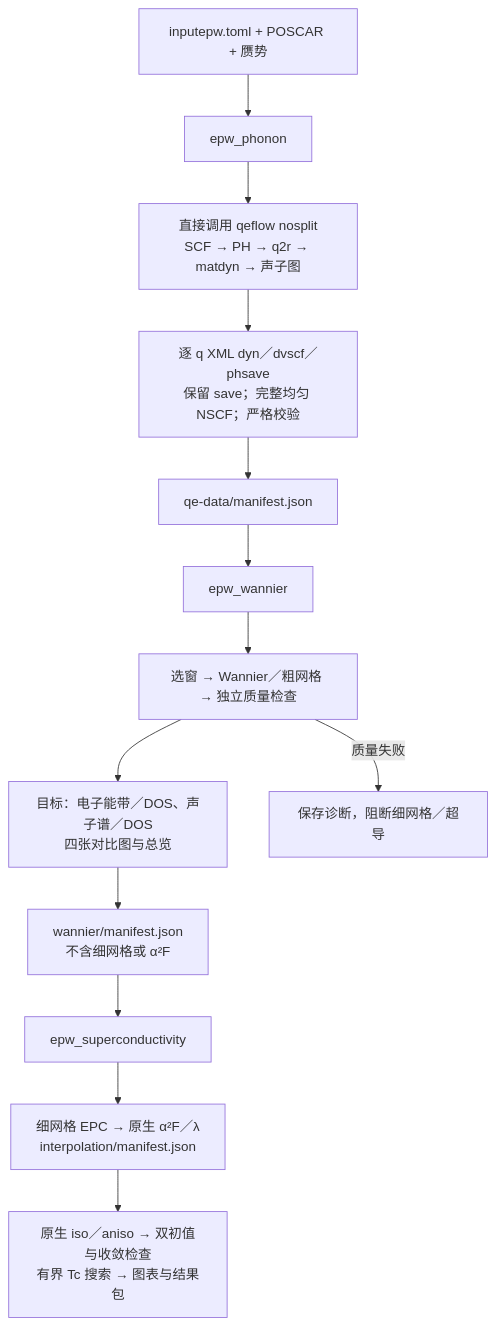
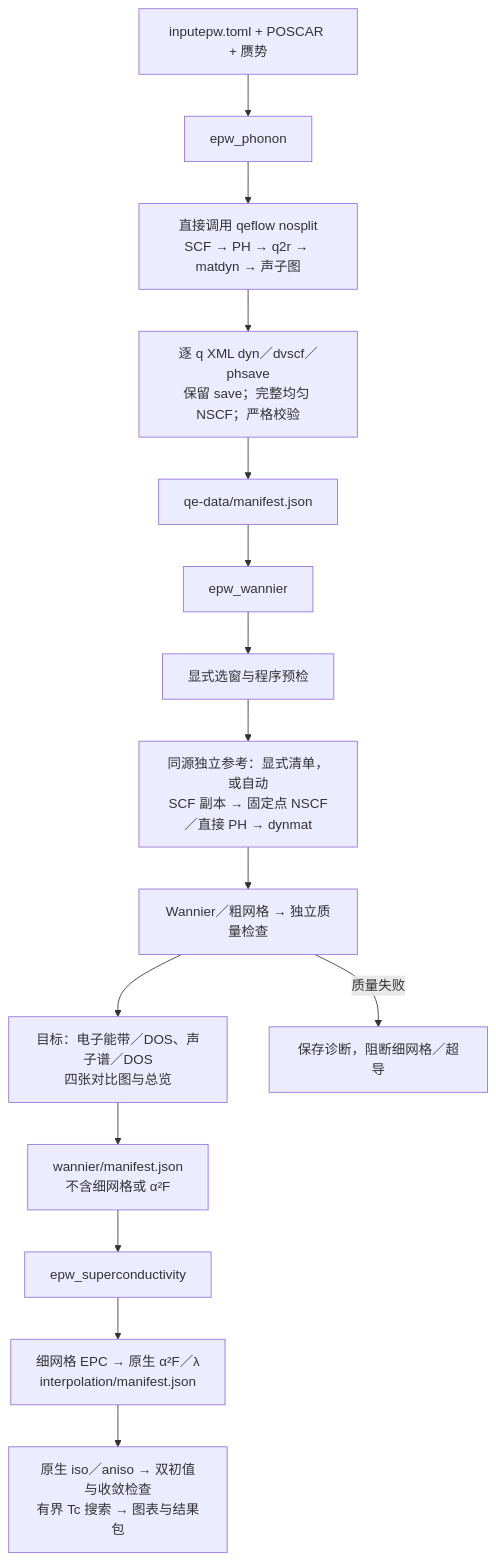
One commit to JLU-ICCMS-MaYuan/dftflow changed the diagram in epwflow/README.md. Above: the diagram before and after it, drawn with Mermaid. The commit also changed other lines of this file and 39 other files, not shown here.

````diff
--- a/epwflow/README.md
+++ b/epwflow/README.md
@@ -9,15 +9,17 @@
 ```mermaid
 flowchart TD
     C["inputepw.toml + POSCAR + 赝势"] --> P["epw_phonon"]
     P --> P1["直接调用 qeflow nosplit<br/>SCF → PH → q2r → matdyn → 声子图"]
     P1 --> P2["逐 q XML dyn／dvscf／phsave<br/>保留 save；完整均匀 NSCF；严格校验"]
     P2 --> PM["qe-data/manifest.json"]
     PM --> W["epw_wannier"]
-    W --> W1["选窗 → Wannier／粗网格 → 独立质量检查"]
+    W --> WP["显式选窗与程序预检"]
+    WP --> WR["同源独立参考：显式清单，或自动<br/>SCF 副本 → 固定点 NSCF／直接 PH → dynmat"]
+    WR --> W1["Wannier／粗网格 → 独立质量检查"]
     W1 --> W2["目标：电子能带／DOS、声子谱／DOS<br/>四张对比图与总览"]
     W2 --> WM["wannier/manifest.json<br/>不含细网格或 α²F"]
     WM --> S["epw_superconductivity"]
     S --> S1["细网格 EPC → 原生 α²F／λ<br/>interpolation/manifest.json"]
     S1 --> S2["原生 iso／aniso → 双初值与收敛检查<br/>有界 Tc 搜索 → 图表与结果包"]
     W1 -->|"质量失败"| STOP["保存诊断，阻断细网格／超导"]
 ```
````
